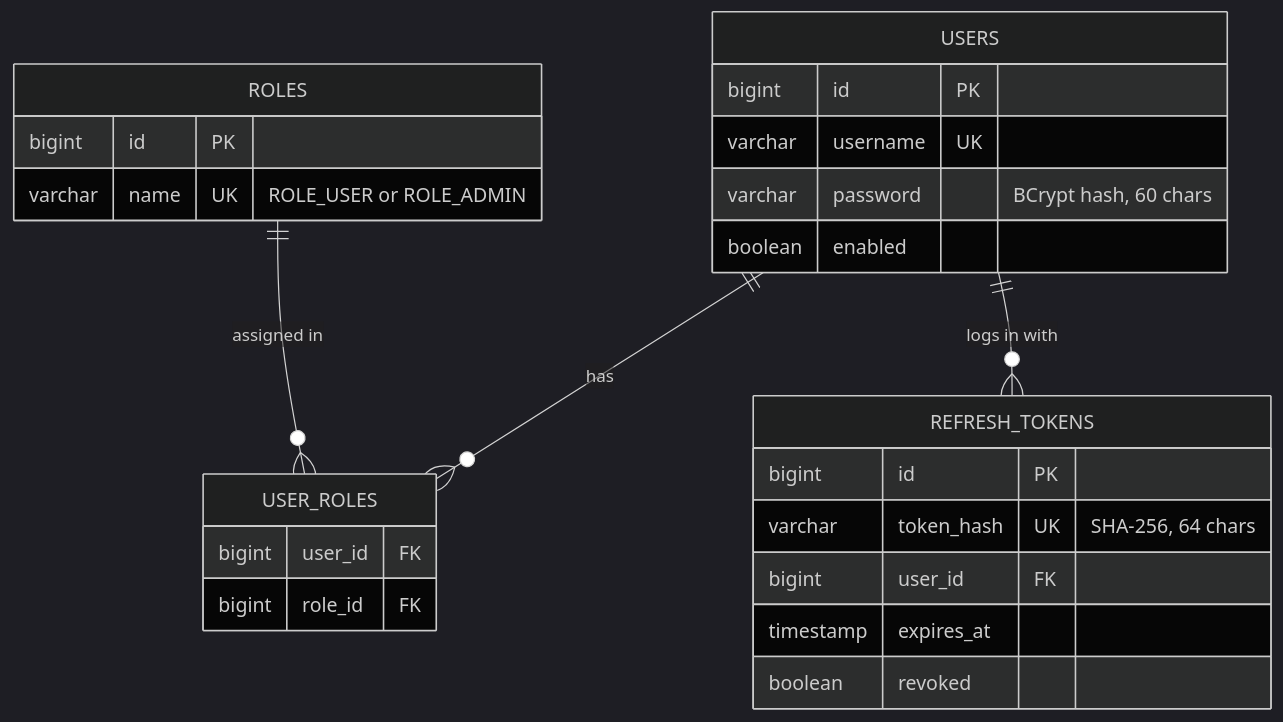
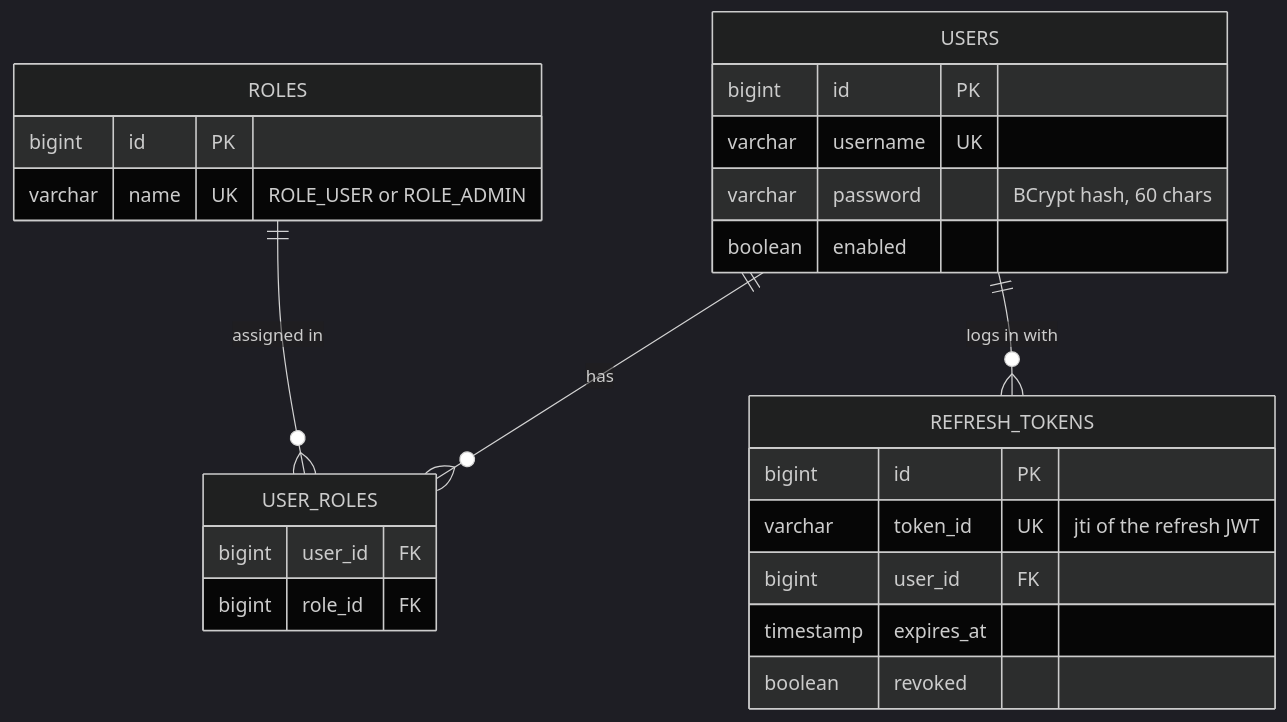
Before and after one commit to SagiDr/jwt-lesson: the second of 2 diagrams in README.md, drawn with Mermaid (dark theme). The commit also changed other lines of this file and 7 other files, not shown here.

First line of the commit message:
Make the refresh token a JWT

````diff
--- a/README.md
+++ b/README.md
@@ -130,27 +143,27 @@
 ```mermaid
 erDiagram
     USERS ||--o{ USER_ROLES : "has"
     ROLES ||--o{ USER_ROLES : "assigned in"
     USERS {
         bigint id PK
         varchar username UK
         varchar password "BCrypt hash, 60 chars"
         boolean enabled
     }
     ROLES {
         bigint id PK
         varchar name UK "ROLE_USER or ROLE_ADMIN"
     }
     USER_ROLES {
         bigint user_id FK
         bigint role_id FK
     }
     USERS ||--o{ REFRESH_TOKENS : "logs in with"
     REFRESH_TOKENS {
         bigint id PK
-        varchar token_hash UK "SHA-256, 64 chars"
+        varchar token_id UK "jti of the refresh JWT"
         bigint user_id FK
         timestamp expires_at
         boolean revoked
     }
 ```
````
